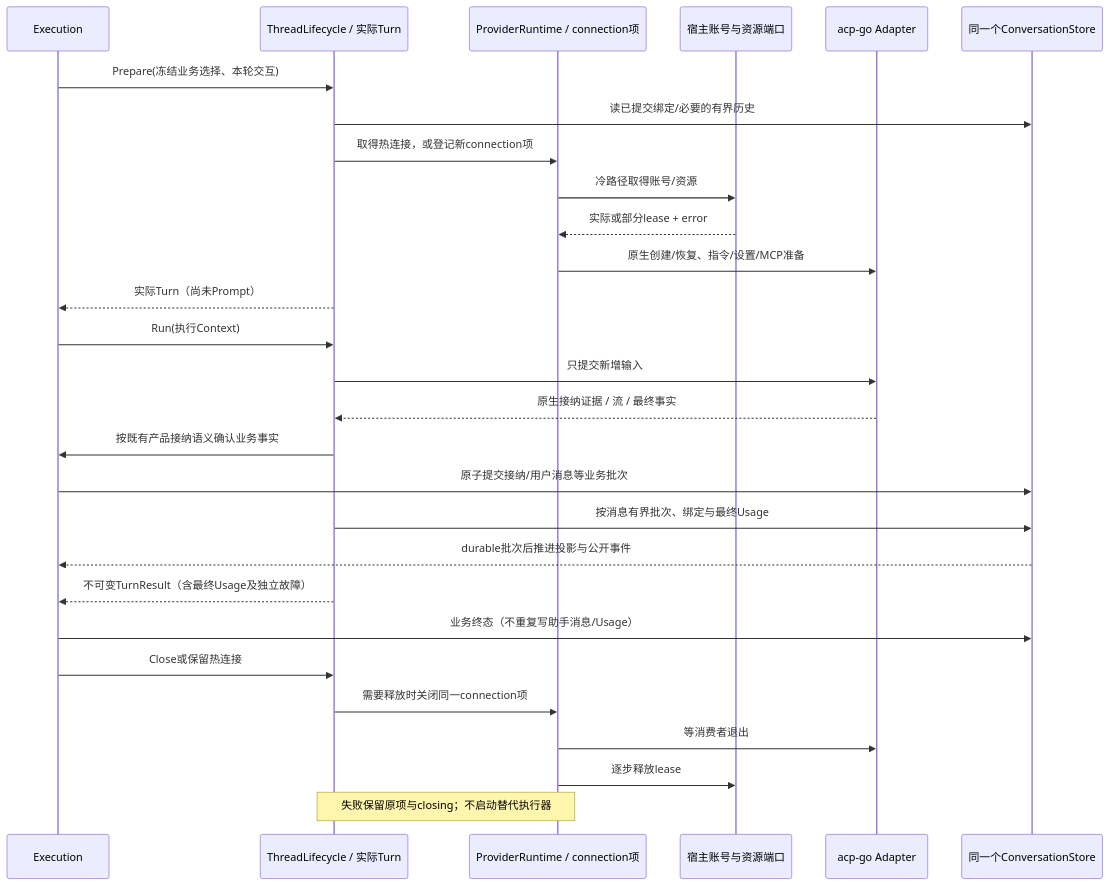
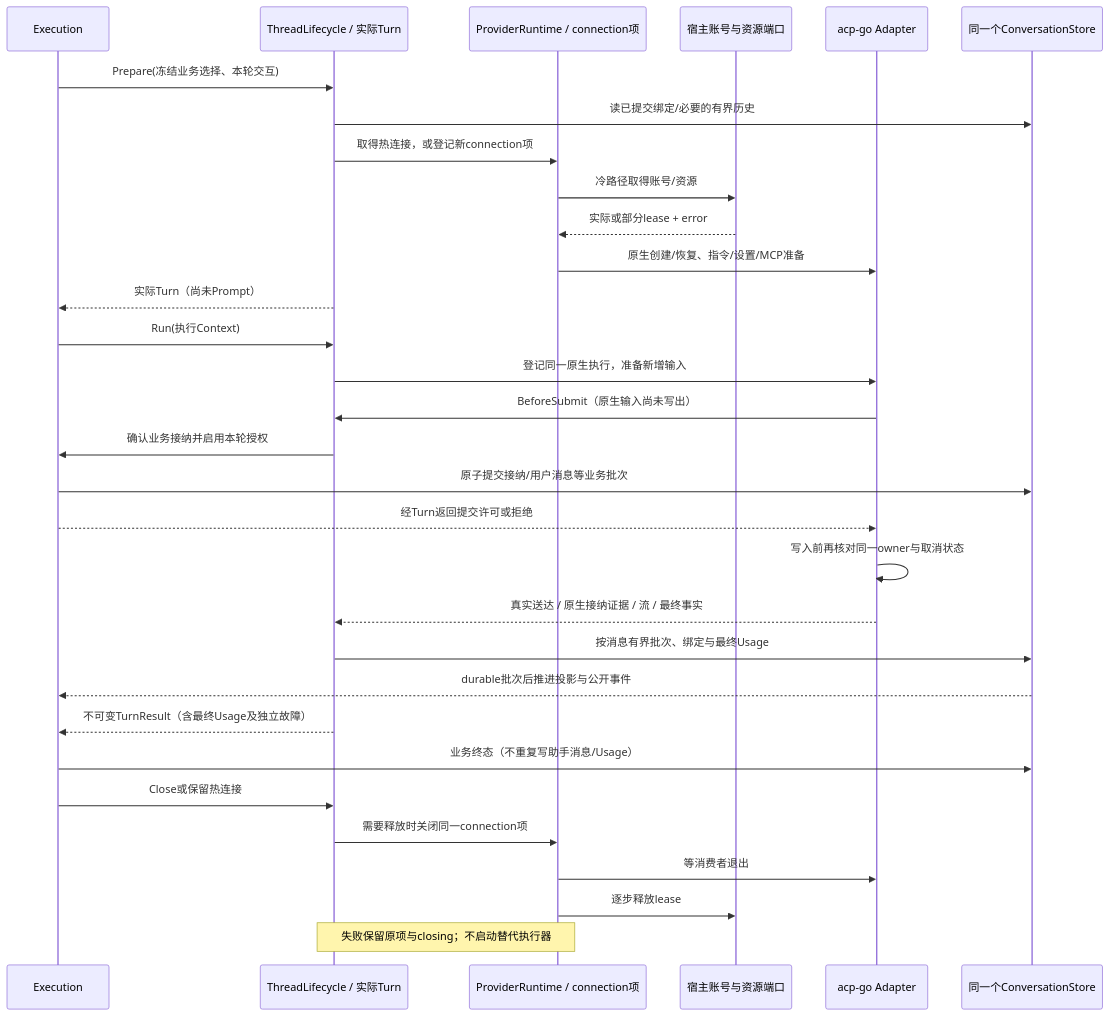
The second of 2 diagrams in docs/discussions/agentruntime-rebuild/p0-ownership-cn.md (JieWaZi/NeuxBot), drawn with Mermaid before and after one commit. The commit also changed other lines of this file and 2 other files, not shown here.

````diff
--- a/docs/discussions/agentruntime-rebuild/p0-ownership-cn.md
+++ b/docs/discussions/agentruntime-rebuild/p0-ownership-cn.md
@@ -85,30 +85,33 @@
 ```mermaid
 sequenceDiagram
   participant E as Execution
   participant T as ThreadLifecycle / 实际Turn
   participant P as ProviderRuntime / connection项
   participant H as 宿主账号与资源端口
   participant A as acp-go Adapter
   participant S as 同一个ConversationStore
   E->>T: Prepare(冻结业务选择、本轮交互)
   T->>S: 读已提交绑定/必要的有界历史
   T->>P: 取得热连接，或登记新connection项
   P->>H: 冷路径取得账号/资源
   H-->>P: 实际或部分lease + error
   P->>A: 原生创建/恢复、指令/设置/MCP准备
   T-->>E: 实际Turn（尚未Prompt）
   E->>T: Run(执行Context)
-  T->>A: 只提交新增输入
-  A-->>T: 原生接纳证据 / 流 / 最终事实
-  T->>E: 按既有产品接纳语义确认业务事实
+  T->>A: 登记同一原生执行，准备新增输入
+  A->>T: BeforeSubmit（原生输入尚未写出）
+  T->>E: 确认业务接纳并启用本轮授权
   E->>S: 原子提交接纳/用户消息等业务批次
+  E-->>A: 经Turn返回提交许可或拒绝
+  A->>A: 写入前再核对同一owner与取消状态
+  A-->>T: 真实送达 / 原生接纳证据 / 流 / 最终事实
   T->>S: 按消息有界批次、绑定与最终Usage
   S-->>E: durable批次后推进投影与公开事件
   T-->>E: 不可变TurnResult（含最终Usage及独立故障）
   E->>S: 业务终态（不重复写助手消息/Usage）
   E->>T: Close或保留热连接
   T->>P: 需要释放时关闭同一connection项
   P->>A: 等消费者退出
   P->>H: 逐步释放lease
   Note over T,P: 失败保留原项与closing；不启动替代执行器
 ```
````
